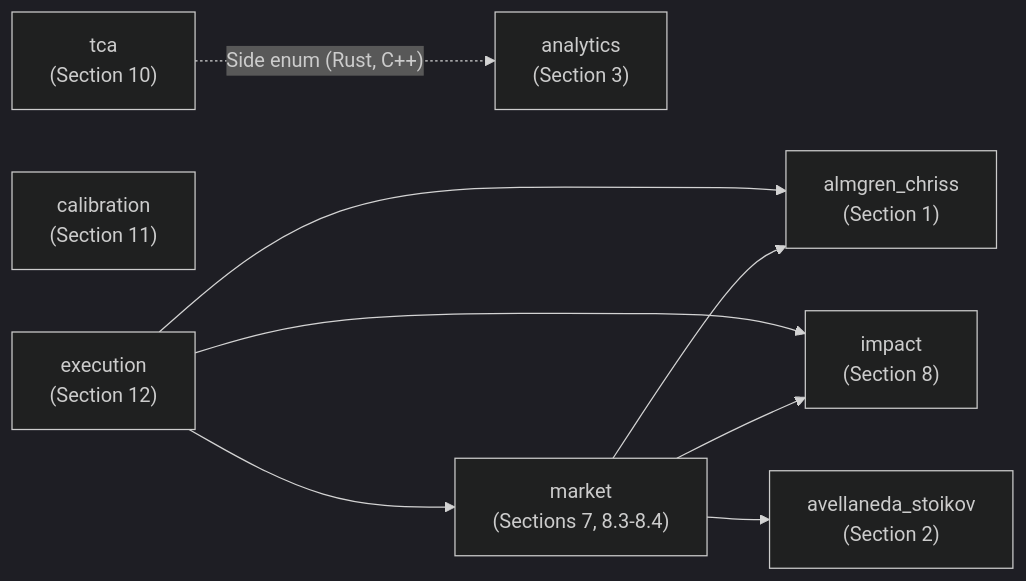
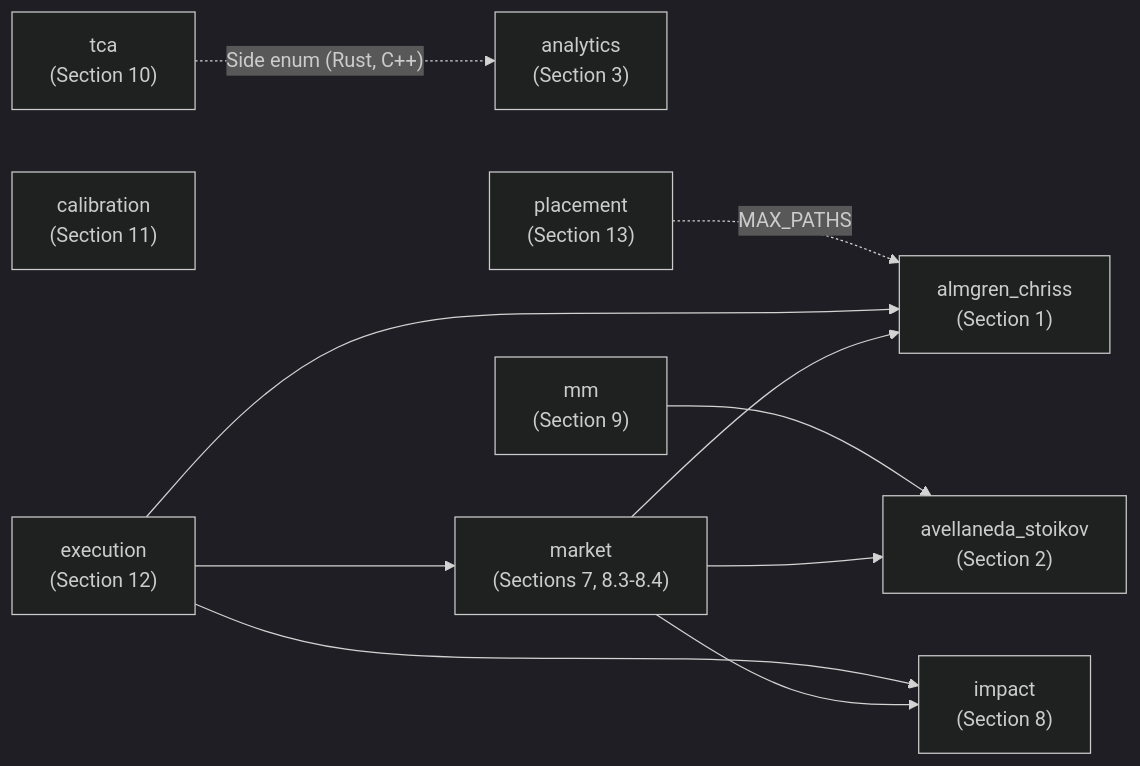
Before and after one commit to AshJha0/electronic-trading: the diagram in docs/diagrams/module_deps.mmd, drawn with Mermaid (dark theme). The commit also changed 11 other files, not shown here.

First line of the commit message:
Docs: architecture, README, landing pages and counts for Sections 9 and 13

```diff
--- a/docs/diagrams/module_deps.mmd
+++ b/docs/diagrams/module_deps.mmd
@@ -1,17 +1,21 @@
 flowchart LR
     AC["almgren_chriss<br/>(Section 1)"]
     AS["avellaneda_stoikov<br/>(Section 2)"]
     AN["analytics<br/>(Section 3)"]
     IM["impact<br/>(Section 8)"]
     MK["market<br/>(Sections 7, 8.3-8.4)"]
     TC["tca<br/>(Section 10)"]
     CA["calibration<br/>(Section 11)"]
     EX["execution<br/>(Section 12)"]
+    MM["mm<br/>(Section 9)"]
+    PL["placement<br/>(Section 13)"]
 
     MK --> AC
     MK --> AS
     MK --> IM
     EX --> AC
     EX --> IM
     EX --> MK
+    MM --> AS
+    PL -. "MAX_PATHS" .-> AC
     TC -. "Side enum (Rust, C++)" .-> AN
```
